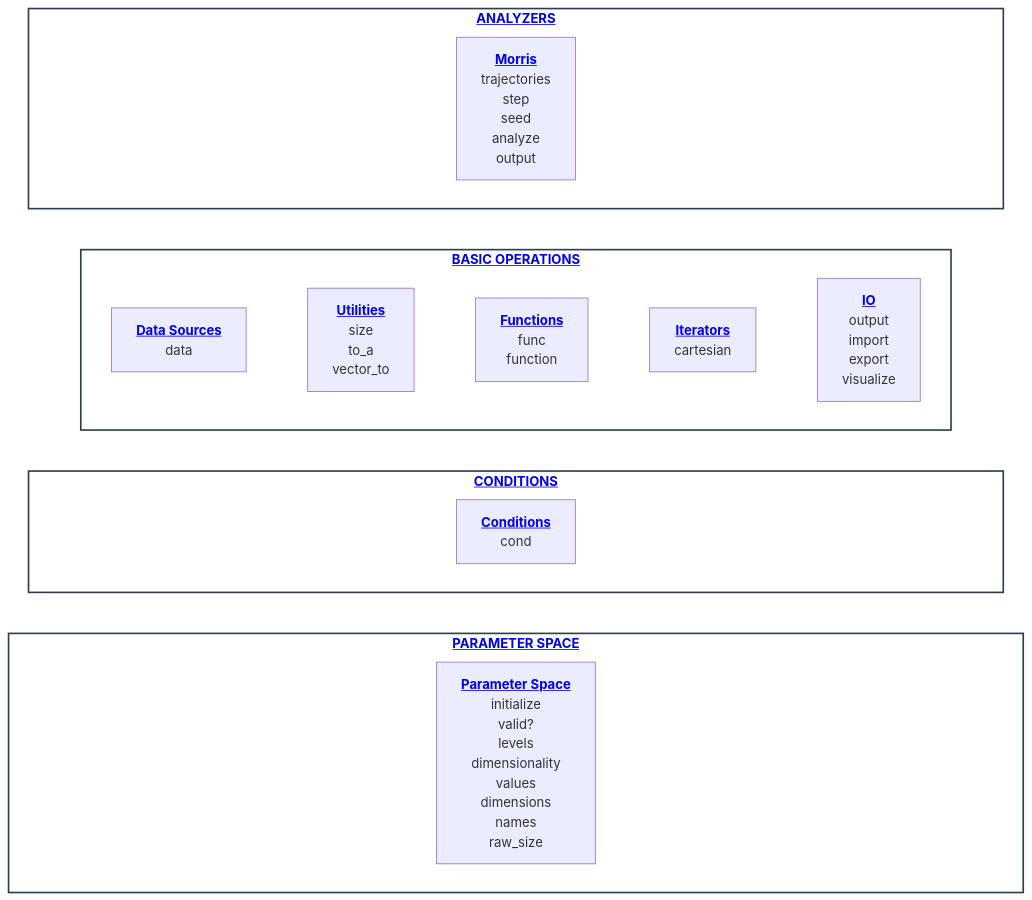
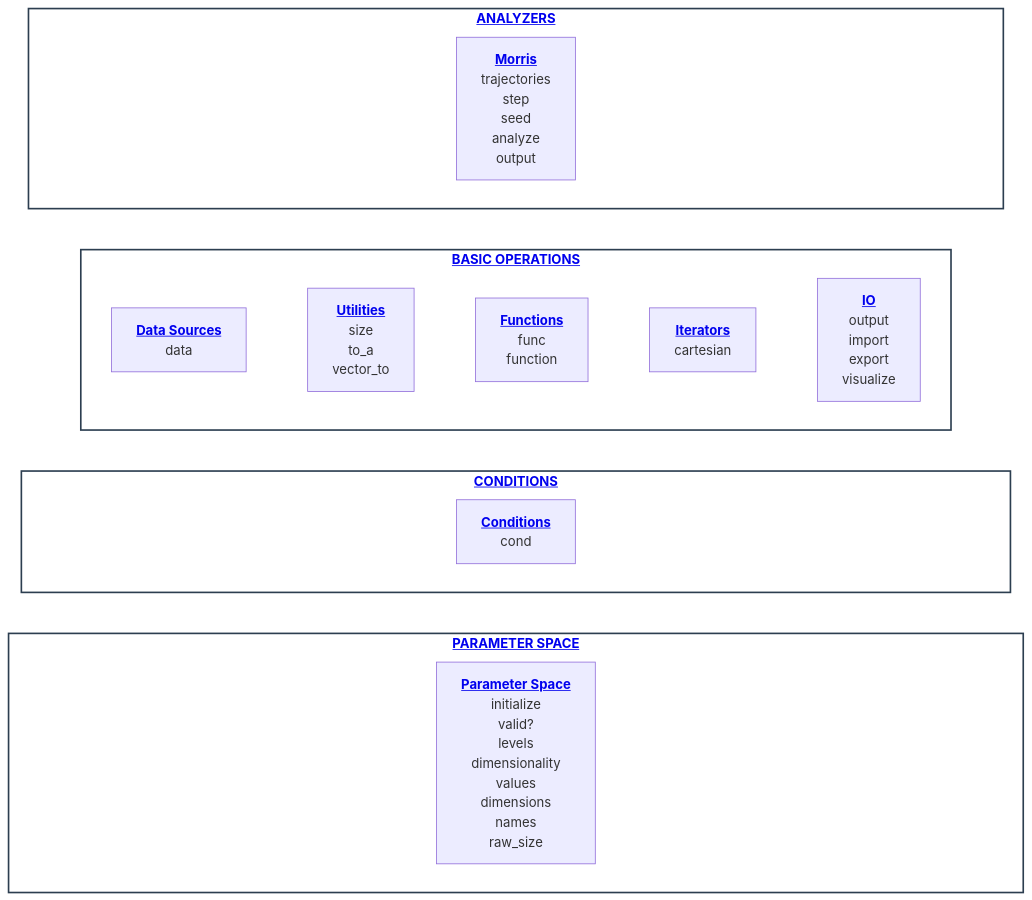
The diagram in docs/api/api.md (Yuri-Rassokhin/flex-cartesian), drawn with Mermaid before and after one commit.

Commit message:
updated: README

````diff
--- a/docs/api/api.md
+++ b/docs/api/api.md
@@ -6,31 +6,31 @@
 ```mermaid
 flowchart TB
     classDef layer fill:#ffffff,stroke:#2c3e50,stroke-width:2px;
     classDef ghost fill:transparent,stroke:transparent,color:transparent;
 
     subgraph Analyzers ["<a href='https://github.com/Yuri-Rassokhin/flex-cartesian/blob/main/docs/api/api.md#analyzers'><b>ANALYZERS</b></a>"]
         direction LR
         gA1["xxxxxxxxxxxxxxxxxxxxxxxxxxxxxxxxxxxxxxxx"]:::ghost ~~~ M["<a href='https://github.com/Yuri-Rassokhin/flex-cartesian/blob/main/docs/api/api.md#morris-analyzer'><b>Morris</b></a><br/>trajectories<br/>step<br/>seed<br/>analyze<br/>output"] ~~~ gA2["xxxxxxxxxxxxxxxxxxxxxxxxxxxxxxxxxxxxxxxx"]:::ghost
     end
 
     subgraph Core ["<a href='https://github.com/Yuri-Rassokhin/flex-cartesian/blob/main/docs/api/api.md#basic-operations'><b>BASIC OPERATIONS</b></a>"]
         direction LR
         DS["<a href='https://github.com/Yuri-Rassokhin/flex-cartesian/blob/main/docs/api/api.md#data-sources'><b>Data Sources</b></a><br/>data"] ~~~ UT["<a href='https://github.com/Yuri-Rassokhin/flex-cartesian/blob/main/docs/api/api.md#utilities'><b>Utilities</b></a><br/>size<br/>to_a<br/>vector_to"] ~~~ FN["<a href='https://github.com/Yuri-Rassokhin/flex-cartesian/blob/main/docs/api/api.md#functions'><b>Functions</b></a><br/>func<br/>function"] ~~~ IT["<a href='https://github.com/Yuri-Rassokhin/flex-cartesian/blob/main/docs/api/api.md#iterators'><b>Iterators</b></a><br/>cartesian"] ~~~ IO["<a href='https://github.com/Yuri-Rassokhin/flex-cartesian/blob/main/docs/api/api.md#io'><b>IO</b></a><br/>output<br/>import<br/>export<br/>visualize"]
     end
 
     subgraph Cond ["<a href='https://github.com/Yuri-Rassokhin/flex-cartesian/blob/main/docs/api/api.md#conditions'><b>CONDITIONS</b></a>"]
         direction LR
-        gC1["xxxxxxxxxxxxxxxxxxxxxxxxxxxxxxxxxxxxxxxx"]:::ghost ~~~ C["<a href='https://github.com/Yuri-Rassokhin/flex-cartesian/blob/main/docs/api/api.md#conditions'><b>Conditions</b></a><br/>cond"] ~~~ gC2["xxxxxxxxxxxxxxxxxxxxxxxxxxxxxxxxxxxxxxxx"]:::ghost
+        gC1["xxxxxxxxxxxxxxxxxxxxxxxxxxxxxxxxxxxxxxxxx"]:::ghost ~~~ C["<a href='https://github.com/Yuri-Rassokhin/flex-cartesian/blob/main/docs/api/api.md#conditions'><b>Conditions</b></a><br/>cond"] ~~~ gC2["xxxxxxxxxxxxxxxxxxxxxxxxxxxxxxxxxxxxxxxxx"]:::ghost
     end
 
     subgraph Params ["<a href='https://github.com/Yuri-Rassokhin/flex-cartesian/blob/main/docs/api/api.md#parameter-space'><b>PARAMETER SPACE</b></a>"]
         direction LR
         gP1["xxxxxxxxxxxxxxxxxxxxxxxxxxxxxxxxxxxxxxxx"]:::ghost ~~~ PS["<a href='https://github.com/Yuri-Rassokhin/flex-cartesian/blob/main/docs/api/api.md#parameter-space'><b>Parameter Space</b></a><br/>initialize<br/>valid?<br/>levels<br/>dimensionality<br/>values<br/>dimensions<br/>names<br/>raw_size"] ~~~ gP2["xxxxxxxxxxxxxxxxxxxxxxxxxxxxxxxxxxxxxxxx"]:::ghost
     end
 
     Analyzers ~~~ Core
     Core ~~~ Cond
     Cond ~~~ Params
 
     class Analyzers,Core,Cond,Params layer;
 ```
````
